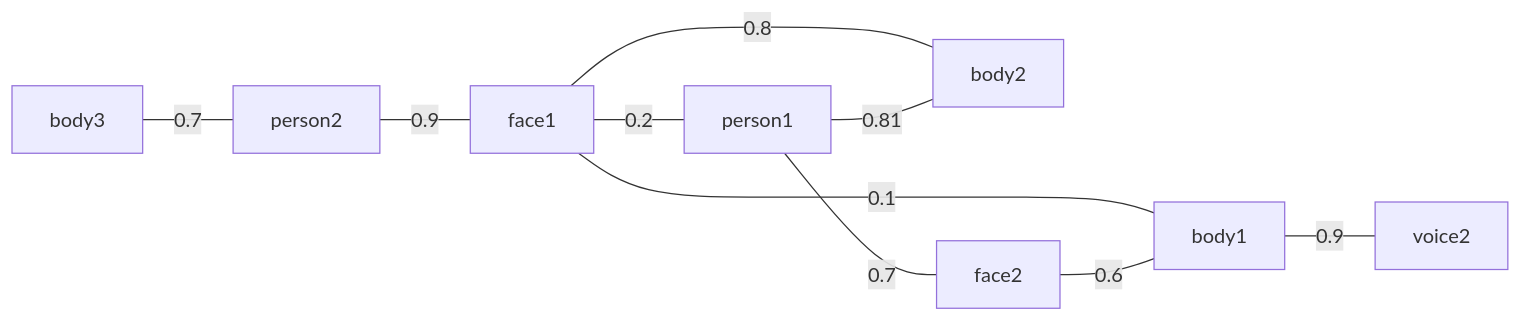
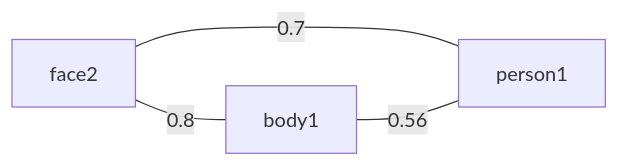
Before and after one commit to ros4hri/hri_person_manager: diagram 12 of 34 in test/test-graphs.md, drawn with Mermaid. The commit also changed other lines of this file and 4 other files, not shown here.

First line of the commit message:
Python impl complete, all mermaid-based tests pass

````diff
--- a/test/test-graphs.md
+++ b/test/test-graphs.md
@@ -3,13 +146,8 @@
 ``` mermaid
 graph LR
 
-body3 ---|0.7| person2
-person2 ---|0.9| face1
-face1 ---|0.8| body2
-face1 ---|0.2| person1
-face1 ---|0.1| body1
-person1 ---|0.7| face2
-person1 ---|0.81| body2
-body1 ---|0.9| voice2
-face2 ---|0.6| body1
+face2 ---|0.8| body1
+face2 ---|0.7| person1
+%% here face2 -> person1 above 0.4 -> create the explicit link
+body1 ---|0.56| person1
 ```
````
